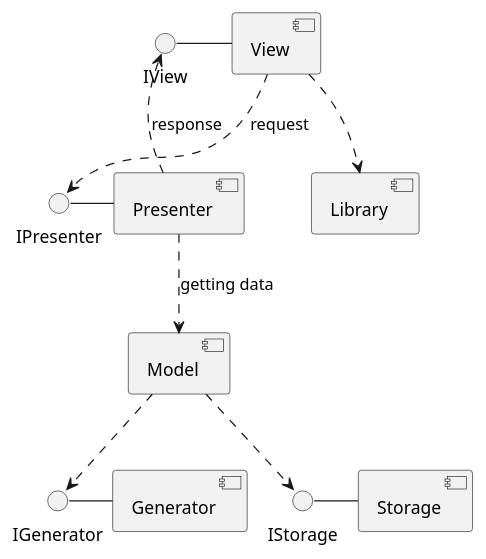
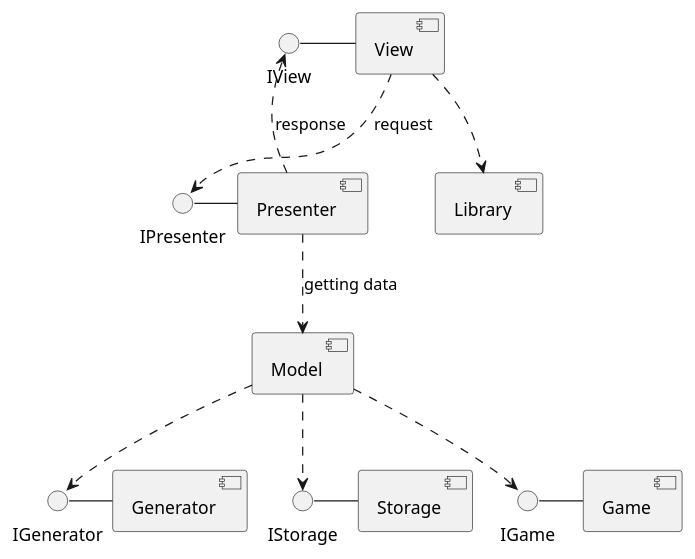
One commit to TraningCenter2018-2019/O_A_Tekuchev_first_task changed the diagram in doc/uml/components.pu. Above: the diagram before and after it, drawn with PlantUML. The commit also changed 1 other file, not shown here.

Commit message:
completes class diagram

```diff
--- a/doc/uml/components.pu
+++ b/doc/uml/components.pu
@@ -1,26 +1,30 @@
 @startuml
     interface "IView"
     interface "IPresenter"
     interface "IGenerator"
     interface "IStorage"
+    interface "IGame"
 
     component [View]
     component [Presenter]
     component [Model]
     component [Storage]
+    component [Game]
     component [Generator]
     component [Library]
 
     IView - View
     IPresenter - Presenter
     IGenerator - Generator
     IStorage - Storage
+    IGame - Game
     
     Presenter ..> IView : response   
     Presenter ..> Model : "getting data"
+    Model ..> IGame
+    Model ..> IGenerator
     Model ..> IStorage
-    Model ..> IGenerator
     View ..> Library
     View ..> IPresenter : request
 
 @enduml
```
